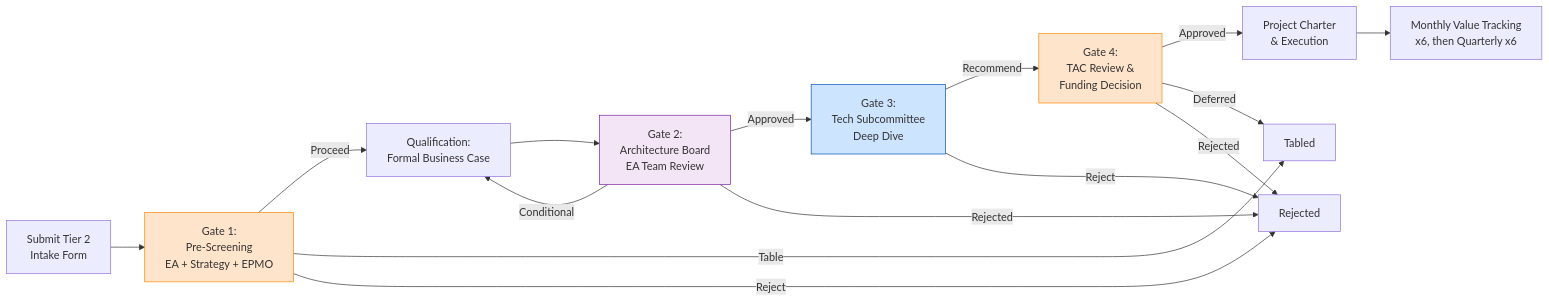
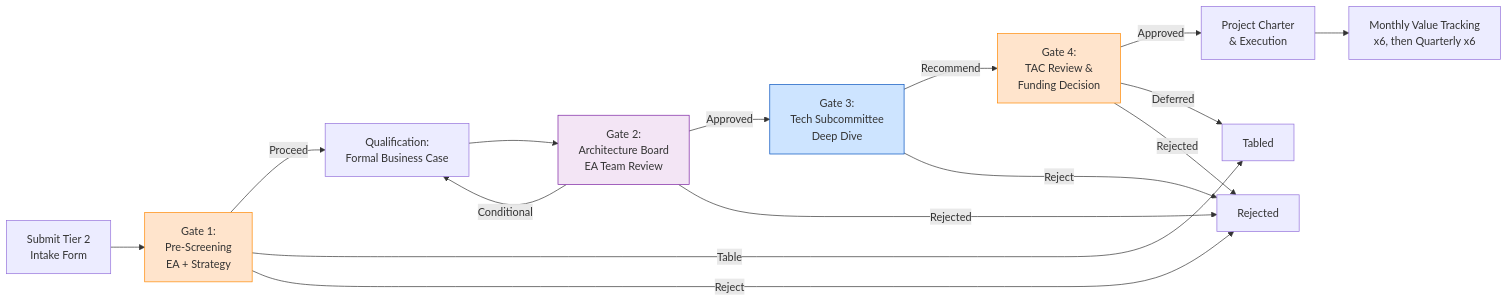
One commit to atomicx6637/ba-architecture changed the fifth of 7 diagrams in ea-demand-management-program.md. Above: the diagram before and after it, drawn with Mermaid. The commit also changed other lines of this file, not shown here.

````diff
--- a/ea-demand-management-program.md
+++ b/ea-demand-management-program.md
@@ -2022,22 +2023,22 @@
 ```mermaid
 flowchart LR
-    A[Submit Tier 2<br/>Intake Form] --> B[Gate 1:<br/>Pre-Screening<br/>EA + Strategy + EPMO]
+    A[Submit Tier 2<br/>Intake Form] --> B[Gate 1:<br/>Pre-Screening<br/>EA + Strategy]
     B -->|Proceed| C[Qualification:<br/>Formal Business Case]
     B -->|Table| Z2[Tabled]
     B -->|Reject| Z1[Rejected]
     C --> D[Gate 2:<br/>Architecture Board<br/>EA Team Review]
     D -->|Approved| E[Gate 3:<br/>Tech Subcommittee<br/>Deep Dive]
     D -->|Conditional| C
     D -->|Rejected| Z1
     E -->|Recommend| F[Gate 4:<br/>TAC Review &<br/>Funding Decision]
     E -->|Reject| Z1
     F -->|Approved| G[Project Charter<br/>& Execution]
     F -->|Deferred| Z2
     F -->|Rejected| Z1
     G --> H[Monthly Value Tracking<br/>x6, then Quarterly x6]
 
     style B fill:#ffe4cc,stroke:#ff8800
     style D fill:#f3e5f5,stroke:#7b1fa2
     style E fill:#cde4ff,stroke:#0050be
     style F fill:#ffe4cc,stroke:#ff8800
 ```
````
